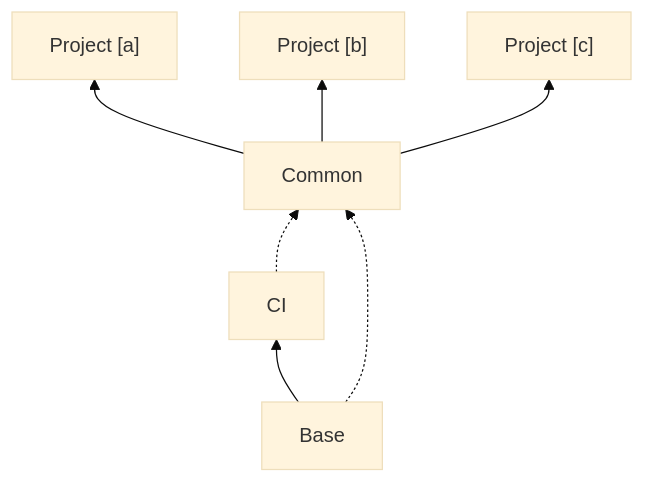
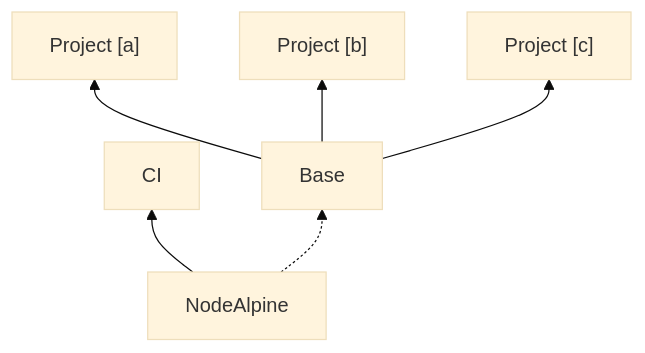
Before and after one commit to olivercaine/devops: the diagram in README.md, drawn with Mermaid (base theme). The commit also changed 1 other file, not shown here.

````diff
--- a/README.md
+++ b/README.md
@@ -6,9 +6,8 @@
 ```mermaid
 graph BT;
-    Base-->CI
-	    CI-.->Common    
-    Base-.->Common
-	    Common-->a["Project [a]"]
-	    Common-->b["Project [b]"]
-    	Common-->c["Project [c]"]   			
+    NodeAlpine-->CI
+    NodeAlpine-.->Base
+	    Base-->a["Project [a]"]
+	    Base-->b["Project [b]"]
+    	Base-->c["Project [c]"]   			
 ```
````
